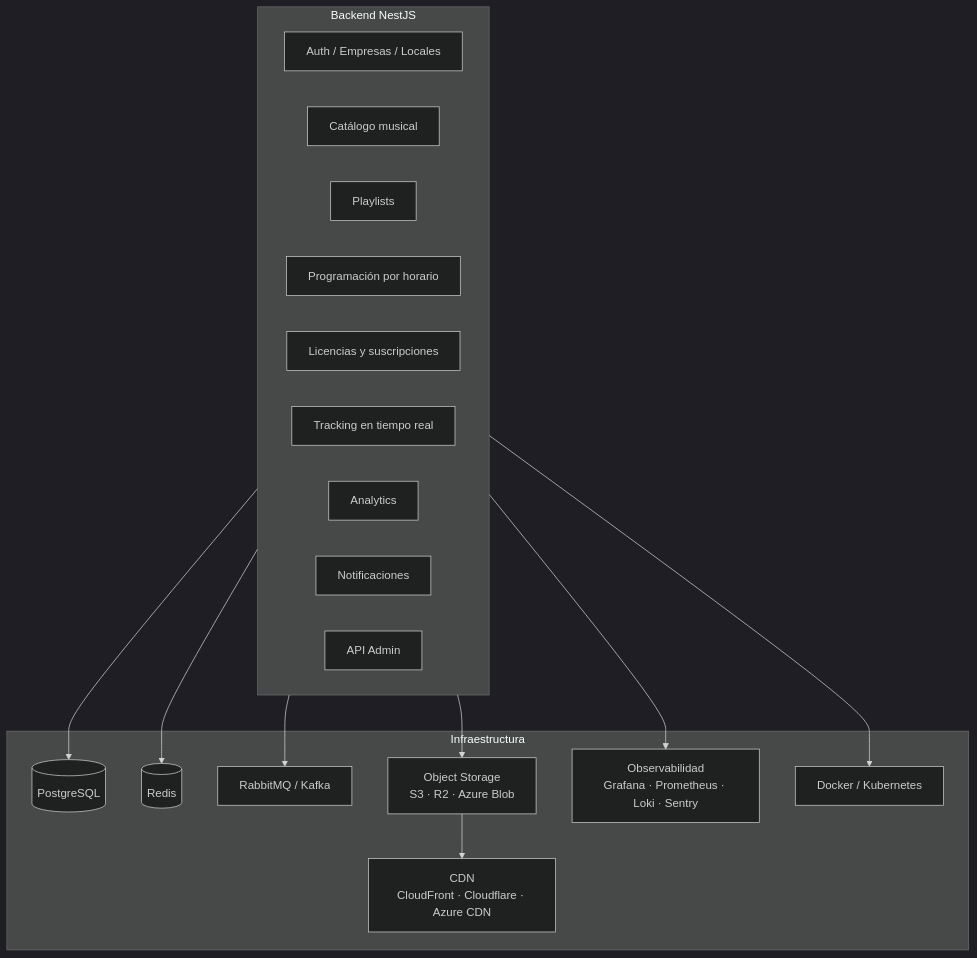
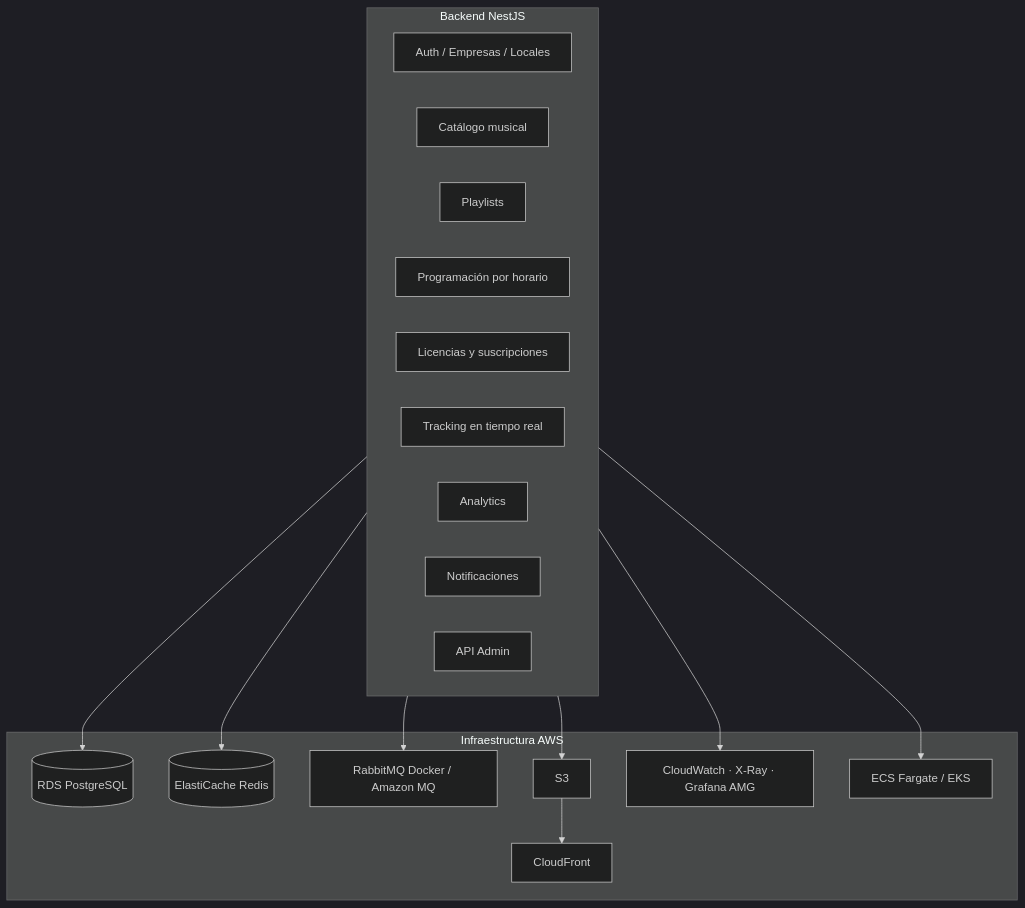
Before and after one commit to htm4rck/Mockups: the second of 11 diagrams in app/MVPMusic/README.md, drawn with Mermaid (dark theme). The commit also changed other lines of this file, not shown here.

````diff
--- a/app/MVPMusic/README.md
+++ b/app/MVPMusic/README.md
@@ -40,32 +40,32 @@
 ```mermaid
 graph TD
     subgraph NestJS["Backend NestJS"]
         AU[Auth / Empresas / Locales]
         CT[Catálogo musical]
         PL[Playlists]
         SC[Programación por horario]
         LI[Licencias y suscripciones]
         TR[Tracking en tiempo real]
         AN[Analytics]
         NT[Notificaciones]
         AD[API Admin]
     end
 
-    subgraph Infra["Infraestructura"]
-        PG[(PostgreSQL)]
-        RD[(Redis)]
-        MQ[RabbitMQ / Kafka]
-        ST[Object Storage\nS3 · R2 · Azure Blob]
-        CDN[CDN\nCloudFront · Cloudflare · Azure CDN]
-        OB[Observabilidad\nGrafana · Prometheus · Loki · Sentry]
-        DK[Docker / Kubernetes]
+    subgraph Infra["Infraestructura AWS"]
+        PG[(RDS PostgreSQL)]
+        RD[(ElastiCache Redis)]
+        MQ[RabbitMQ Docker / Amazon MQ]
+        ST[S3]
+        CDN[CloudFront]
+        OB[CloudWatch · X-Ray · Grafana AMG]
+        DK[ECS Fargate / EKS]
     end
 
     NestJS --> PG
     NestJS --> RD
     NestJS --> MQ
     NestJS --> ST
     ST --> CDN
     NestJS --> OB
     NestJS --> DK
 ```
````
